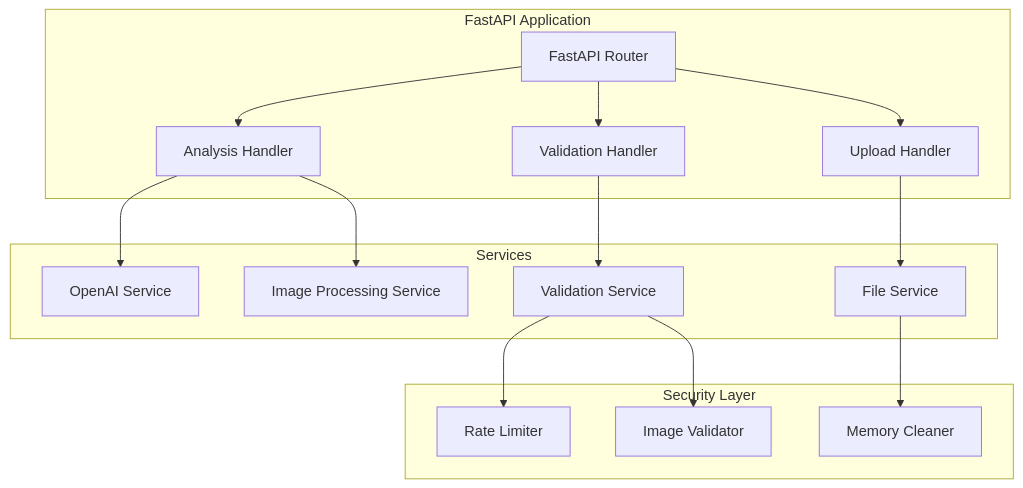
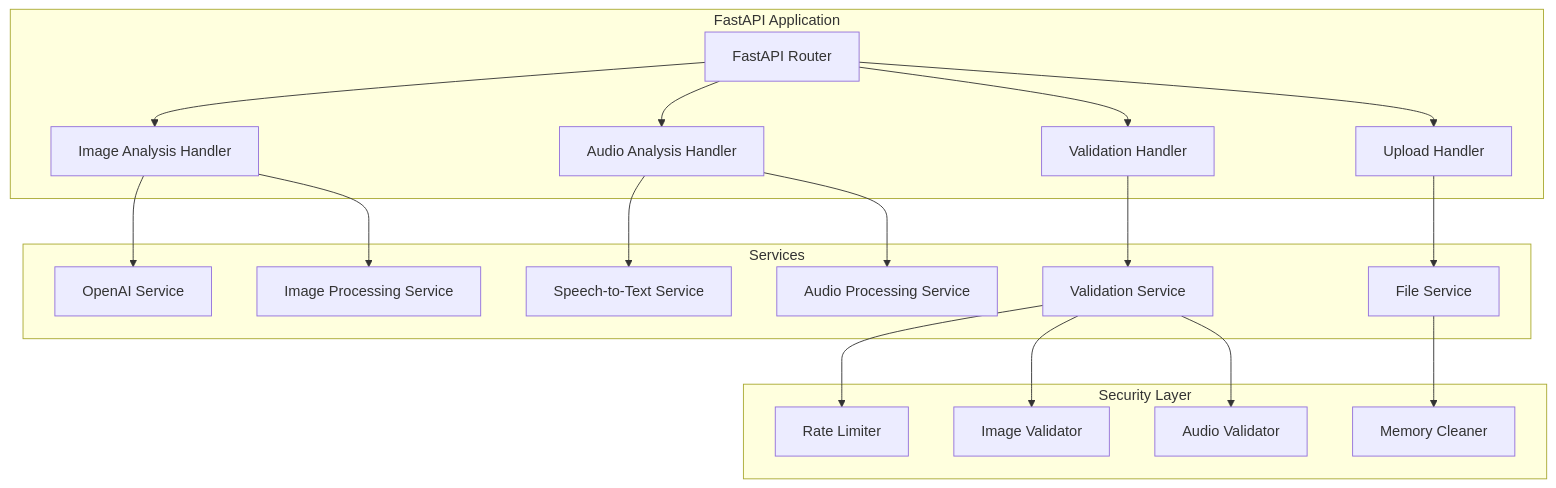
One commit to Mai0313/ghost-ai changed the third of 3 diagrams in .kiro/specs/ghost-ai/design.md. Above: the diagram before and after it, drawn with Mermaid. The commit also changed other lines of this file and 2 other files, not shown here.

````diff
--- a/.kiro/specs/ghost-ai/design.md
+++ b/.kiro/specs/ghost-ai/design.md
@@ -120,21 +198,25 @@
 ```mermaid
 graph TD
     subgraph "FastAPI Application"
-        API[FastAPI Router] --> AH[Analysis Handler]
+        API[FastAPI Router] --> IAH[Image Analysis Handler]
+        API --> AAH[Audio Analysis Handler]
         API --> UH[Upload Handler]
         API --> VH[Validation Handler]
     end
 
     subgraph "Services"
-        AH --> OAS[OpenAI Service]
-        AH --> IPS[Image Processing Service]
+        IAH --> OAS[OpenAI Service]
+        IAH --> IPS[Image Processing Service]
+        AAH --> STT[Speech-to-Text Service]
+        AAH --> APS[Audio Processing Service]
         UH --> FS[File Service]
         VH --> VS[Validation Service]
     end
 
     subgraph "Security Layer"
         VS --> RL[Rate Limiter]
         VS --> IV[Image Validator]
+        VS --> AV[Audio Validator]
         FS --> MC[Memory Cleaner]
     end
 ```
````
